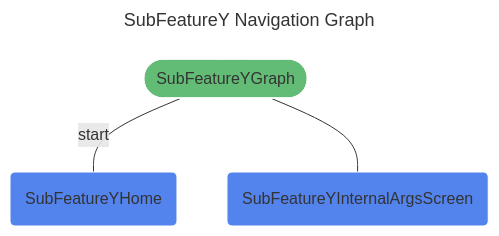
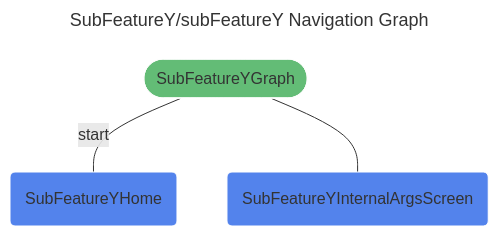
The diagram in playground/docs/SubFeatureYNavGraph.mmd (raamcosta/compose-destinations), drawn with Mermaid before and after one commit. The commit also changed 11 other files, not shown here.

```diff
--- a/playground/docs/SubFeatureYNavGraph.mmd
+++ b/playground/docs/SubFeatureYNavGraph.mmd
@@ -1,13 +1,13 @@
 ---
-title: SubFeatureY Navigation Graph
+title: SubFeatureY/subFeatureY Navigation Graph
 ---
 %%{init: {'theme':'base', 'themeVariables': { 'primaryTextColor': '#fff' }}%%
 graph TD
-sub_feature_y(["SubFeatureYGraph"]) -- "start" --- sub_feature_y_home("SubFeatureYHome")
-sub_feature_y(["SubFeatureYGraph"]) --- sub_feature_y_internal_args_screen("SubFeatureYInternalArgsScreen")
+sub_feature_y/sub_feature_y(["SubFeatureYGraph"]) -- "start" --- sub_feature_y/sub_feature_y_home("SubFeatureYHome")
+sub_feature_y/sub_feature_y(["SubFeatureYGraph"]) --- sub_feature_y/sub_feature_y_internal_args_screen("SubFeatureYInternalArgsScreen")
 
 
 classDef destination fill:#5383EC,stroke:#ffffff;
-class sub_feature_y_home,sub_feature_y_internal_args_screen destination;
+class sub_feature_y/sub_feature_y_home,sub_feature_y/sub_feature_y_internal_args_screen destination;
 classDef navgraph fill:#63BC76,stroke:#ffffff;
-class sub_feature_y navgraph;
+class sub_feature_y/sub_feature_y navgraph;
```
